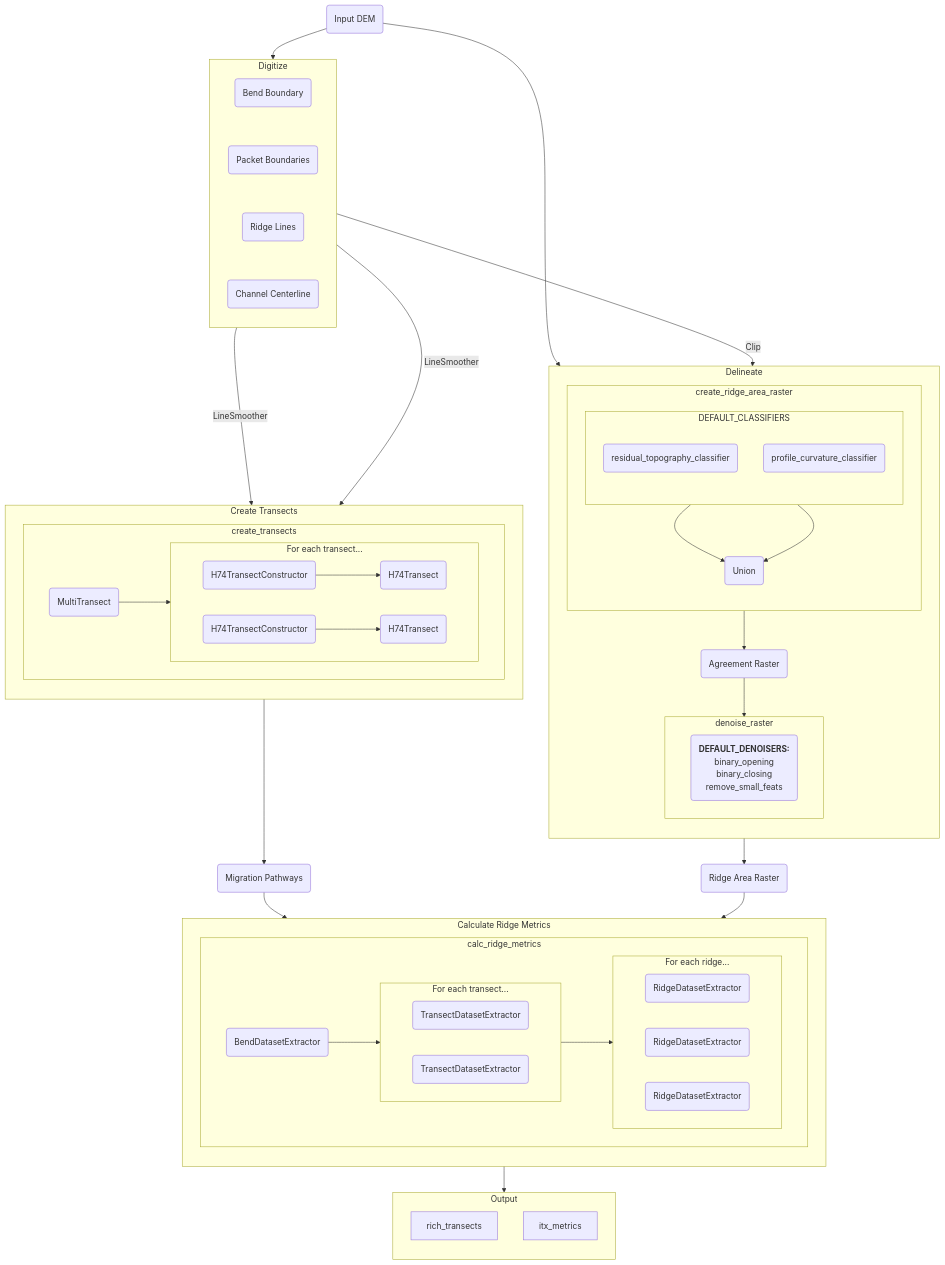
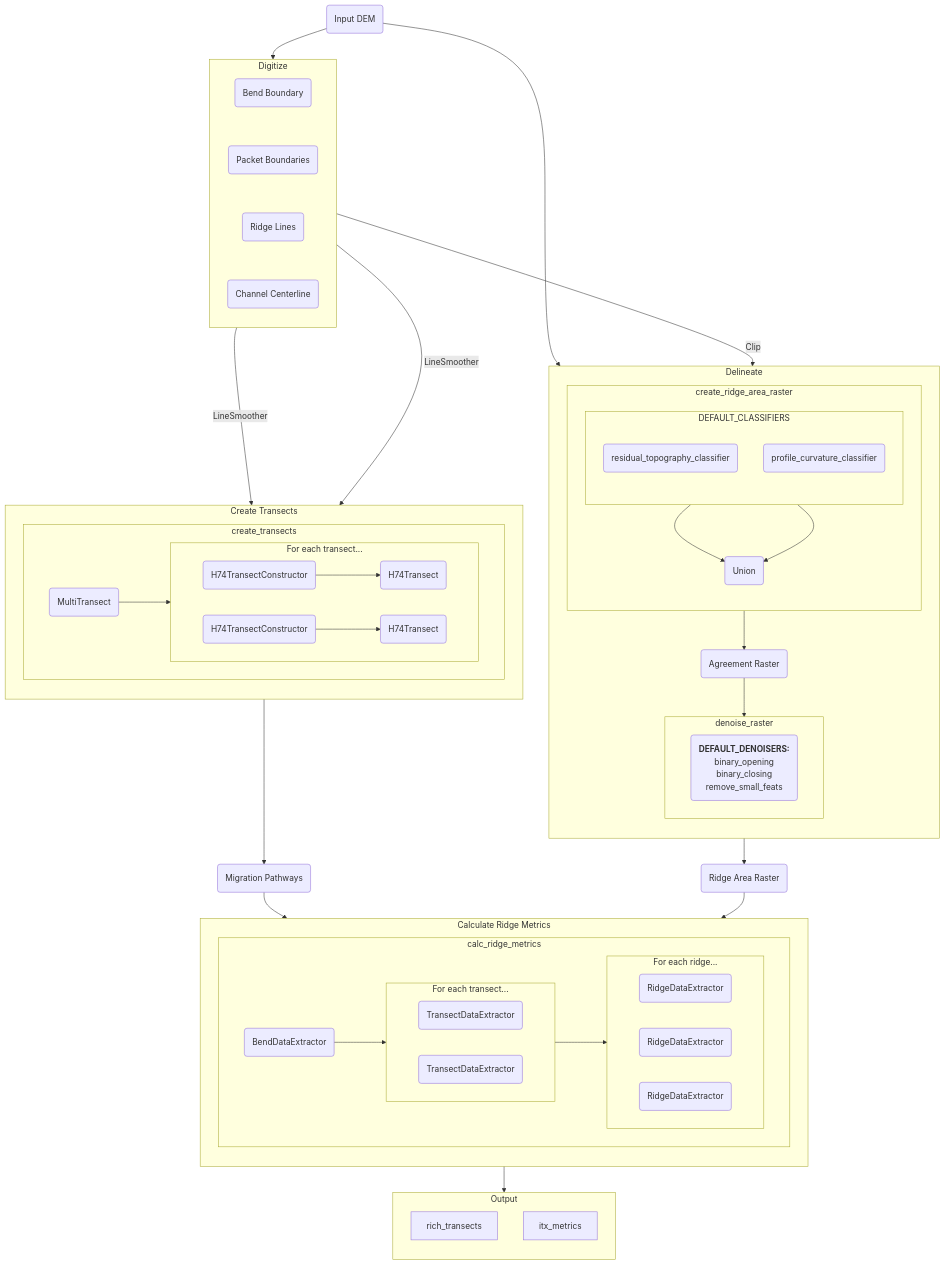
One commit to tamu-edu/scrollstats changed the diagram in ARCHITECTURE.md. Above: the diagram before and after it, drawn with Mermaid.

Commit message:
DatasetExtractor -> DataExtractor

```diff
--- a/ARCHITECTURE.md
+++ b/ARCHITECTURE.md
@@ -102,17 +102,17 @@
     direction TD
     subgraph calc_ridge_metrics
         direction LR
-        BDE("BendDatasetExtractor")
+        BDE("BendDataExtractor")
         subgraph ForEachTE[For each transect...]
             direction LR
-            TDE1("TransectDatasetExtractor")
-            TDE2("TransectDatasetExtractor")
+            TDE1("TransectDataExtractor")
+            TDE2("TransectDataExtractor")
             end
         subgraph ForEachRE[For each ridge...]
             direction LR
-            RDE1("RidgeDatasetExtractor")
-            RDE2("RidgeDatasetExtractor")
-            RDE3("RidgeDatasetExtractor")
+            RDE1("RidgeDataExtractor")
+            RDE2("RidgeDataExtractor")
+            RDE3("RidgeDataExtractor")
             end
         end
 
```
